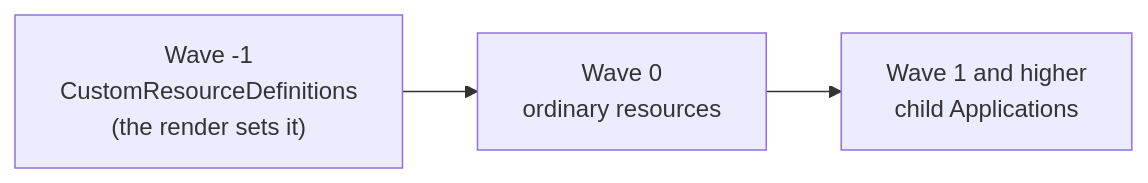
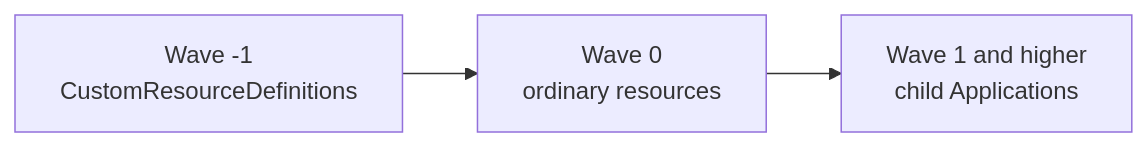
The second of 2 diagrams in docs/concepts/rendered-manifests.md (gsuquet/infra), drawn with Mermaid before and after one commit. The commit also changed other lines of this file and 16 other files, not shown here.

````diff
--- a/docs/concepts/rendered-manifests.md
+++ b/docs/concepts/rendered-manifests.md
@@ -41,4 +41,4 @@
 ```mermaid
 flowchart LR
-    w1["Wave -1<br/>CustomResourceDefinitions<br/>(the render sets it)"] --> w0["Wave 0<br/>ordinary resources"] --> w2["Wave 1 and higher<br/>child Applications"]
+    w1["Wave -1<br/>CustomResourceDefinitions"] --> w0["Wave 0<br/>ordinary resources"] --> w2["Wave 1 and higher<br/>child Applications"]
 ```
````
